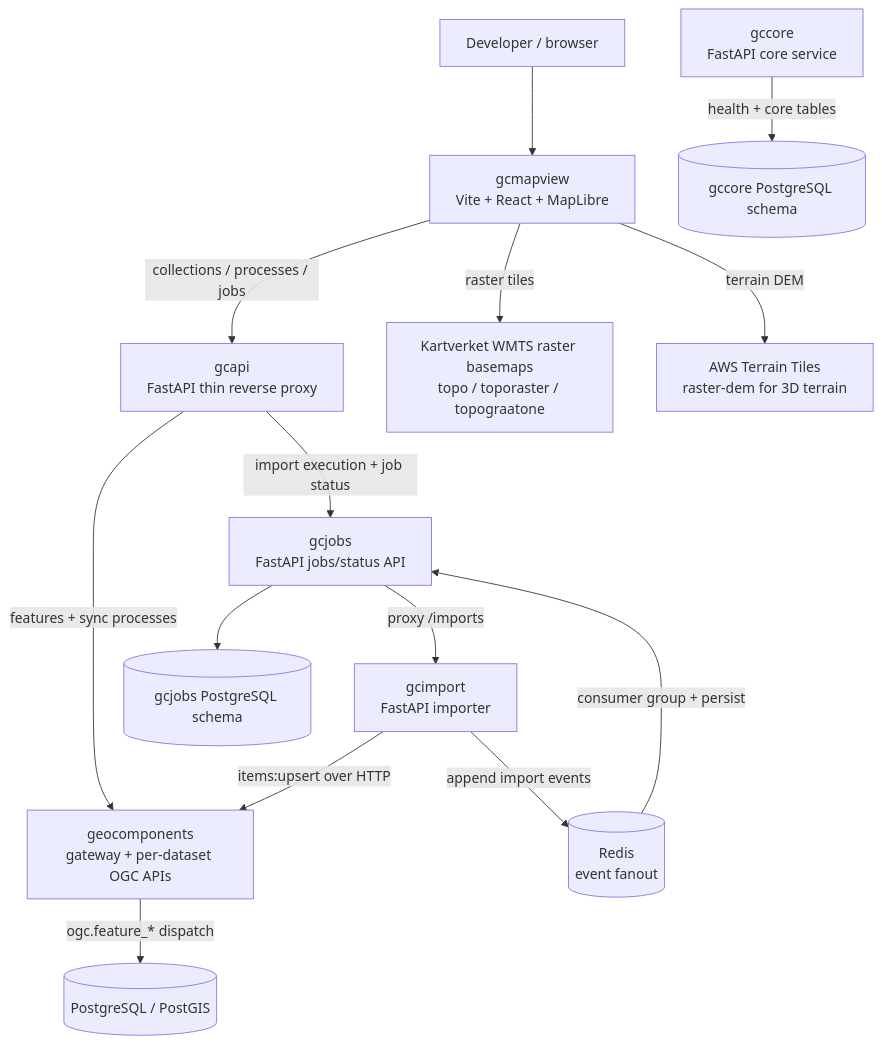
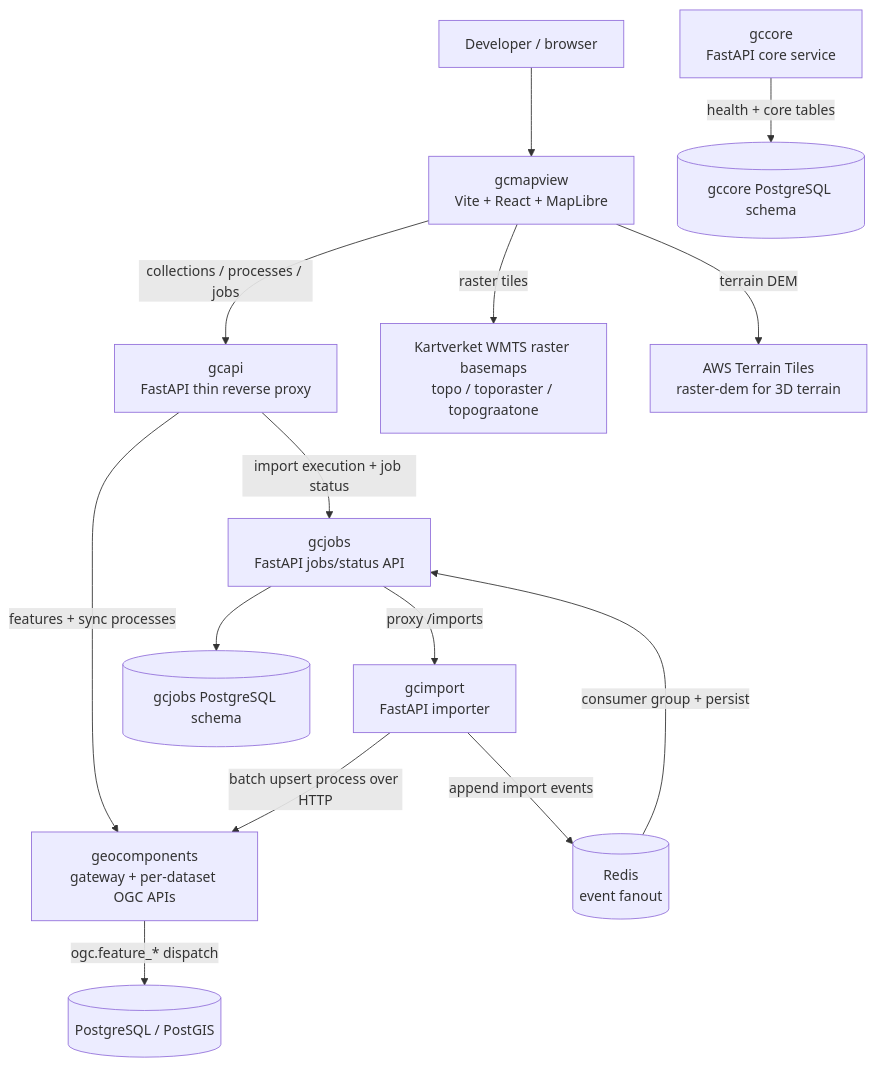
One commit to kartverket/topografisk-gdb-api changed the first of 10 diagrams in docs/ARCHITECTURE.md. Above: the diagram before and after it, drawn with Mermaid. The commit also changed other lines of this file and 8 other files, not shown here.

````diff
--- a/docs/ARCHITECTURE.md
+++ b/docs/ARCHITECTURE.md
@@ -13,30 +13,30 @@
 ```mermaid
 flowchart TB
   User["Developer / browser"]
   FE["gcmapview<br/>Vite + React + MapLibre"]
   GCAPI["gcapi<br/>FastAPI thin reverse proxy"]
   IMP["gcimport<br/>FastAPI importer"]
   JOBS["gcjobs<br/>FastAPI jobs/status API"]
   CORE["gccore<br/>FastAPI core service"]
   API["geocomponents<br/>gateway + per-dataset OGC APIs"]
   REDIS[("Redis<br/>event fanout")]
   DB[("PostgreSQL / PostGIS")]
   JOBDB[("gcjobs PostgreSQL schema")]
   COREDB[("gccore PostgreSQL schema")]
   BASE["Kartverket WMTS raster basemaps<br/>topo / toporaster / topograatone"]
   TERRAIN["AWS Terrain Tiles<br/>raster-dem for 3D terrain"]
 
   User --> FE
   FE -->|collections / processes / jobs| GCAPI
   FE -->|raster tiles| BASE
   FE -->|terrain DEM| TERRAIN
   GCAPI -->|features + sync processes| API
   GCAPI -->|import execution + job status| JOBS
   JOBS -->|proxy /imports| IMP
-  IMP -->|items:upsert over HTTP| API
+  IMP -->|batch upsert process over HTTP| API
   IMP -->|append import events| REDIS
   REDIS -->|consumer group + persist| JOBS
   API -->|ogc.feature_* dispatch| DB
   JOBS --> JOBDB
   CORE -->|health + core tables| COREDB
 ```
````
